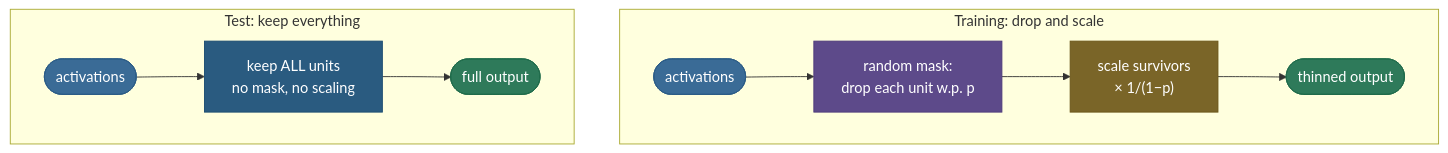
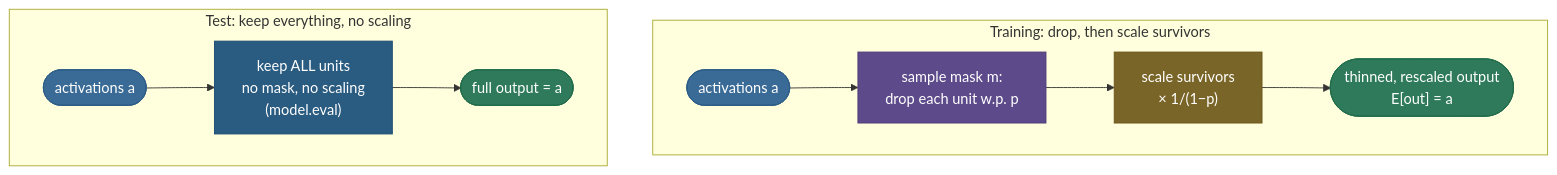
One commit to sudhir13s/AI-ML-learning-resources changed the first of 2 diagrams in 05. Deep_Learning/concepts/10-Dropout.md. Above: the diagram before and after it, drawn with Mermaid. The commit also changed other lines of this file and 5 other files, not shown here.

````diff
--- a/05. Deep_Learning/concepts/10-Dropout.md
+++ b/05. Deep_Learning/concepts/10-Dropout.md
@@ -67,20 +137,20 @@
 ```mermaid
 graph TD
-    subgraph TR["Training: drop and scale"]
+    subgraph TR["Training: drop, then scale survivors"]
     direction LR
-    A1(["activations"]):::data --> M["random mask:<br/>drop each unit w.p. p"]:::process
+    A1(["activations a"]):::data --> M["sample mask m:<br/>drop each unit w.p. p"]:::process
     M --> Sc["scale survivors<br/>× 1/(1−p)"]:::amber
-    Sc --> O1(["thinned output"]):::out
+    Sc --> O1(["thinned, rescaled output<br/>E[out] = a"]):::out
     end
-    subgraph TE["Test: keep everything"]
+    subgraph TE["Test: keep everything, no scaling"]
     direction LR
-    A2(["activations"]):::data --> K["keep ALL units<br/>no mask, no scaling"]:::navy
-    K --> O2(["full output"]):::out
+    A2(["activations a"]):::data --> K["keep ALL units<br/>no mask, no scaling<br/>(model.eval)"]:::navy
+    K --> O2(["full output = a"]):::out
     end
 
     classDef data fill:#3A6B96,stroke:#2A5B86,color:#fff
     classDef process fill:#5D4A8A,stroke:#4D3A7A,color:#fff
     classDef amber fill:#7A6528,stroke:#6A5518,color:#fff
     classDef navy fill:#2A5B80,stroke:#1A4B70,color:#fff
     classDef out fill:#2E7A5A,stroke:#1E6A4A,color:#fff
 ```
````
